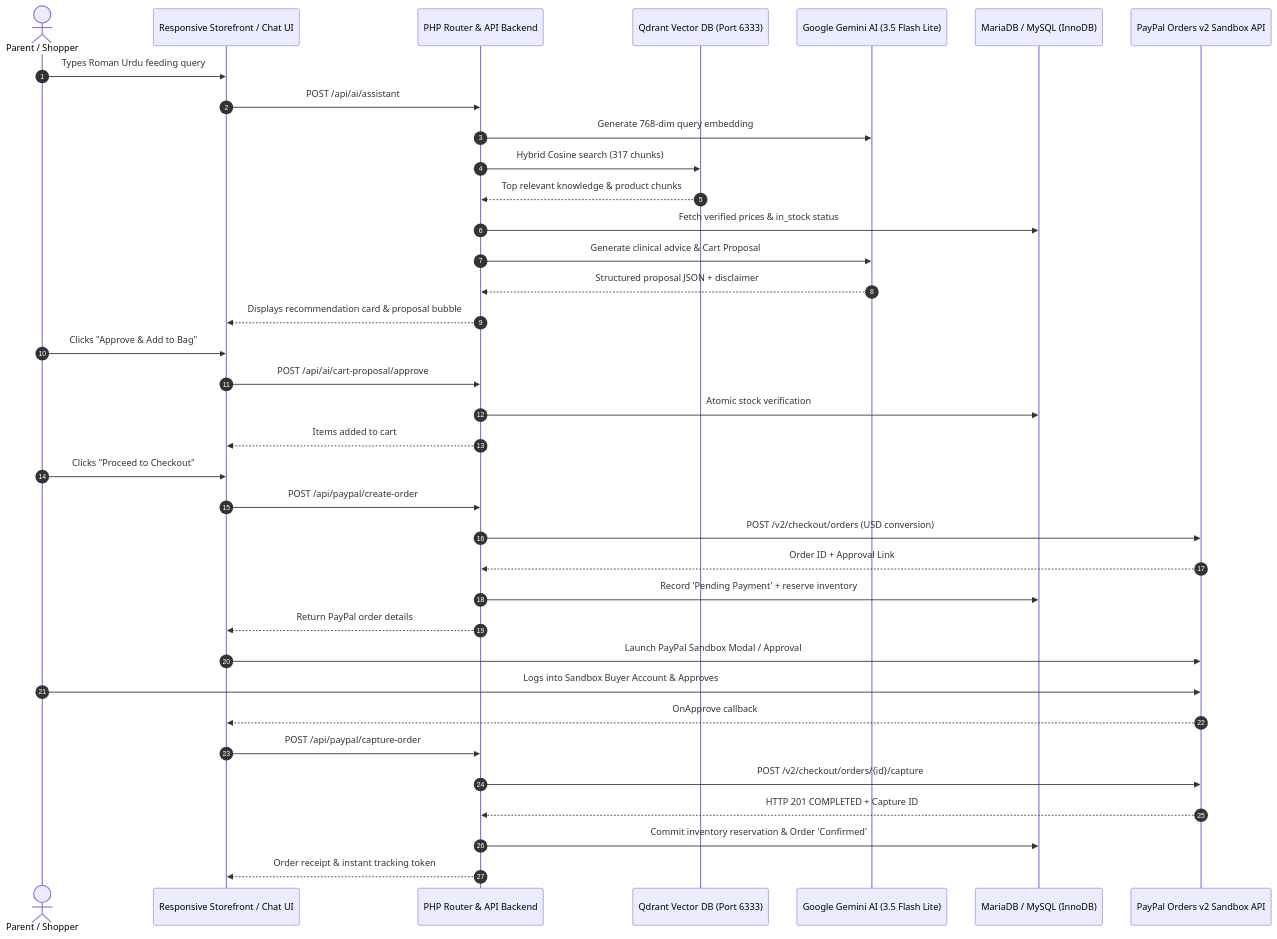
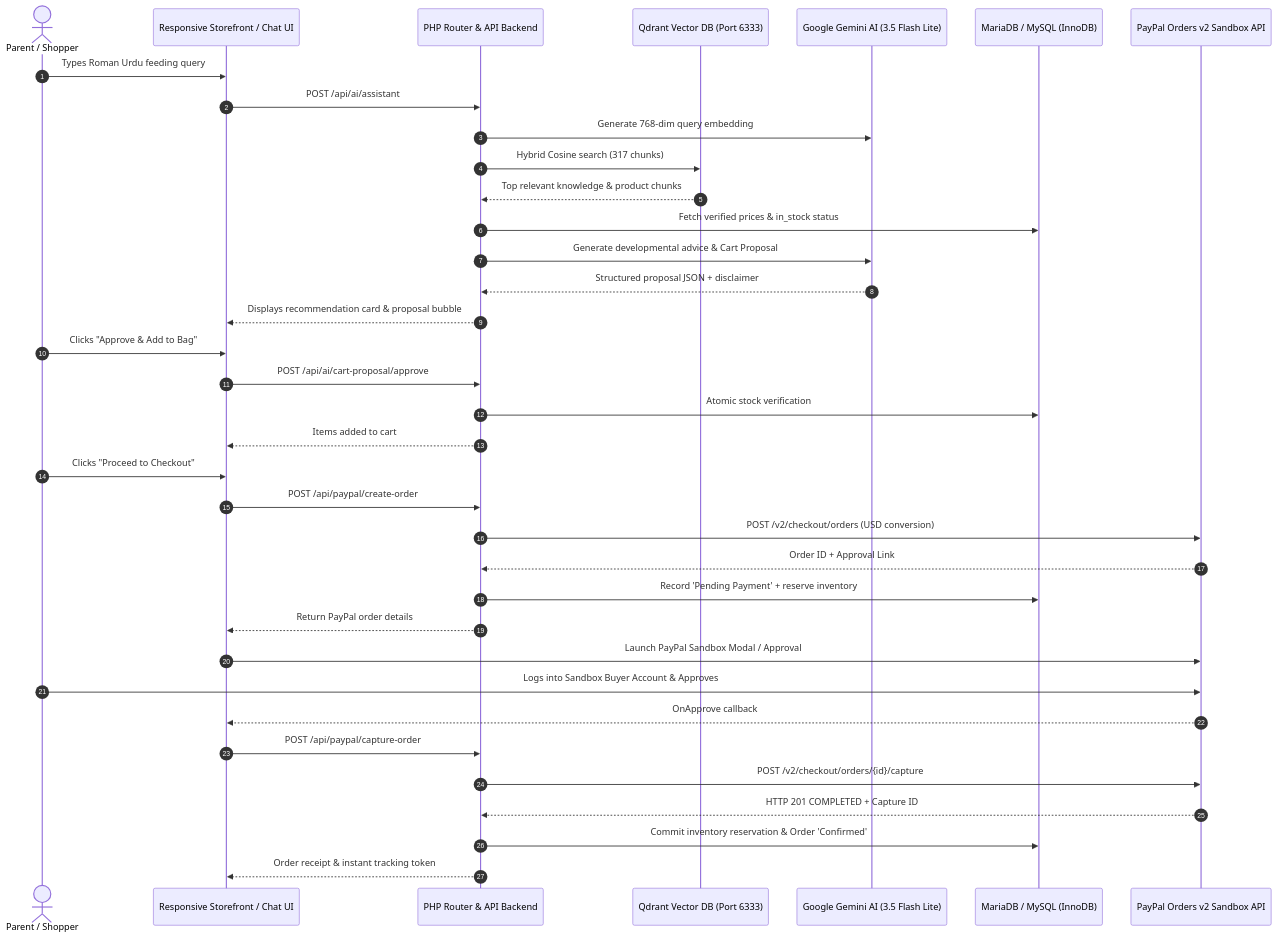
The diagram in README.md (mahamft/parentinghub-smartcart-ai), drawn with Mermaid before and after one commit. The commit also changed other lines of this file and 3 other files, not shown here.

````diff
--- a/README.md
+++ b/README.md
@@ -50,39 +53,39 @@
 ```mermaid
 sequenceDiagram
     autonumber
     actor Parent as Parent / Shopper
     participant UI as Responsive Storefront / Chat UI
     participant Backend as PHP Router & API Backend
     participant Qdrant as Qdrant Vector DB (Port 6333)
     participant Gemini as Google Gemini AI (3.5 Flash Lite)
     participant DB as MariaDB / MySQL (InnoDB)
     participant PayPal as PayPal Orders v2 Sandbox API
 
     Parent->>UI: Types Roman Urdu feeding query
     UI->>Backend: POST /api/ai/assistant
     Backend->>Gemini: Generate 768-dim query embedding
     Backend->>Qdrant: Hybrid Cosine search (317 chunks)
     Qdrant-->>Backend: Top relevant knowledge & product chunks
     Backend->>DB: Fetch verified prices & in_stock status
-    Backend->>Gemini: Generate clinical advice & Cart Proposal
+    Backend->>Gemini: Generate developmental advice & Cart Proposal
     Gemini-->>Backend: Structured proposal JSON + disclaimer
     Backend-->>UI: Displays recommendation card & proposal bubble
     Parent->>UI: Clicks "Approve & Add to Bag"
     UI->>Backend: POST /api/ai/cart-proposal/approve
     Backend->>DB: Atomic stock verification
     Backend-->>UI: Items added to cart
     Parent->>UI: Clicks "Proceed to Checkout"
     UI->>Backend: POST /api/paypal/create-order
     Backend->>PayPal: POST /v2/checkout/orders (USD conversion)
     PayPal-->>Backend: Order ID + Approval Link
     Backend->>DB: Record 'Pending Payment' + reserve inventory
     Backend-->>UI: Return PayPal order details
     UI->>PayPal: Launch PayPal Sandbox Modal / Approval
     Parent->>PayPal: Logs into Sandbox Buyer Account & Approves
     PayPal-->>UI: OnApprove callback
     UI->>Backend: POST /api/paypal/capture-order
     Backend->>PayPal: POST /v2/checkout/orders/{id}/capture
     PayPal-->>Backend: HTTP 201 COMPLETED + Capture ID
     Backend->>DB: Commit inventory reservation & Order 'Confirmed'
     Backend-->>UI: Order receipt & instant tracking token
 ```
````
